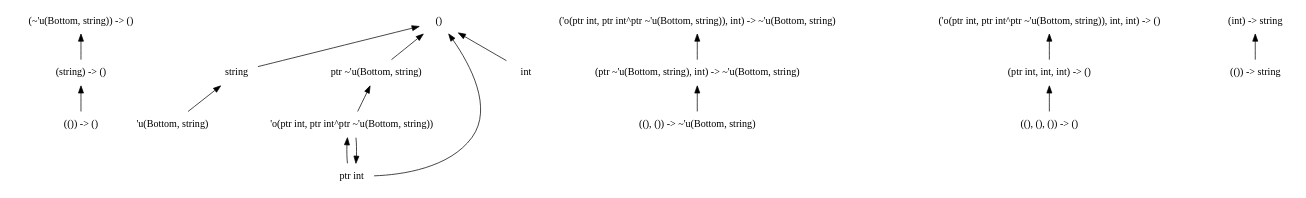
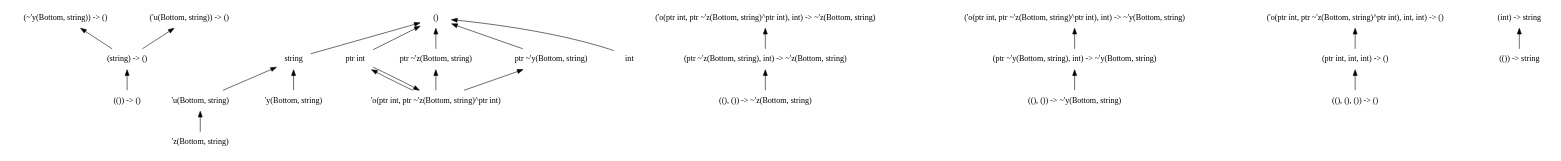
The diagram in dots/14.dot (chocobo333/regino), drawn with Graphviz before and after one commit. The commit also changed 29 other files, not shown here.

```diff
--- a/dots/14.dot
+++ b/dots/14.dot
@@ -1,44 +1,58 @@
 digraph order {
   graph [
     size = "30,10"
     ];
   node [
     shape = none
     ];
   edge [
     dir = back
     ];
   "(string) -> ()"
   "(()) -> ()"
   "string"
-  "('o(ptr int, ptr int^ptr ~'u(Bottom, string)), int) -> ~'u(Bottom, string)"
-  "((), ()) -> ~'u(Bottom, string)"
-  "(ptr ~'u(Bottom, string), int) -> ~'u(Bottom, string)"
+  "('o(ptr int, ptr ~'z(Bottom, string)^ptr int), int) -> ~'z(Bottom, string)"
+  "('o(ptr int, ptr ~'z(Bottom, string)^ptr int), int) -> ~'y(Bottom, string)"
   "'u(Bottom, string)"
-  "ptr ~'u(Bottom, string)"
+  "(ptr ~'y(Bottom, string), int) -> ~'y(Bottom, string)"
   "(ptr int, int, int) -> ()"
   "()"
-  "'o(ptr int, ptr int^ptr ~'u(Bottom, string))"
+  "'o(ptr int, ptr ~'z(Bottom, string)^ptr int)"
+  "((), ()) -> ~'z(Bottom, string)"
+  "'z(Bottom, string)"
+  "(~'y(Bottom, string)) -> ()"
+  "'y(Bottom, string)"
+  "(ptr ~'z(Bottom, string), int) -> ~'z(Bottom, string)"
   "ptr int"
   "((), (), ()) -> ()"
+  "ptr ~'z(Bottom, string)"
   "(()) -> string"
-  "(~'u(Bottom, string)) -> ()"
+  "('u(Bottom, string)) -> ()"
   "(int) -> string"
-  "('o(ptr int, ptr int^ptr ~'u(Bottom, string)), int, int) -> ()"
+  "('o(ptr int, ptr ~'z(Bottom, string)^ptr int), int, int) -> ()"
+  "ptr ~'y(Bottom, string)"
   "int"
+  "((), ()) -> ~'y(Bottom, string)"
   "(string) -> ()" -> "(()) -> ()"
+  "(~'y(Bottom, string)) -> ()" -> "(string) -> ()"
   "string" -> "'u(Bottom, string)"
-  "('o(ptr int, ptr int^ptr ~'u(Bottom, string)), int) -> ~'u(Bottom, string)" -> "(ptr ~'u(Bottom, string), int) -> ~'u(Bottom, string)"
-  "ptr int" -> "'o(ptr int, ptr int^ptr ~'u(Bottom, string))"
-  "(~'u(Bottom, string)) -> ()" -> "(string) -> ()"
-  "(ptr ~'u(Bottom, string), int) -> ~'u(Bottom, string)" -> "((), ()) -> ~'u(Bottom, string)"
+  "string" -> "'y(Bottom, string)"
+  "(ptr ~'z(Bottom, string), int) -> ~'z(Bottom, string)" -> "((), ()) -> ~'z(Bottom, string)"
+  "ptr int" -> "'o(ptr int, ptr ~'z(Bottom, string)^ptr int)"
+  "ptr ~'z(Bottom, string)" -> "'o(ptr int, ptr ~'z(Bottom, string)^ptr int)"
+  "('u(Bottom, string)) -> ()" -> "(string) -> ()"
+  "('o(ptr int, ptr ~'z(Bottom, string)^ptr int), int) -> ~'z(Bottom, string)" -> "(ptr ~'z(Bottom, string), int) -> ~'z(Bottom, string)"
+  "('o(ptr int, ptr ~'z(Bottom, string)^ptr int), int) -> ~'y(Bottom, string)" -> "(ptr ~'y(Bottom, string), int) -> ~'y(Bottom, string)"
   "(int) -> string" -> "(()) -> string"
-  "('o(ptr int, ptr int^ptr ~'u(Bottom, string)), int, int) -> ()" -> "(ptr int, int, int) -> ()"
-  "ptr ~'u(Bottom, string)" -> "'o(ptr int, ptr int^ptr ~'u(Bottom, string))"
+  "'u(Bottom, string)" -> "'z(Bottom, string)"
+  "(ptr ~'y(Bottom, string), int) -> ~'y(Bottom, string)" -> "((), ()) -> ~'y(Bottom, string)"
+  "('o(ptr int, ptr ~'z(Bottom, string)^ptr int), int, int) -> ()" -> "(ptr int, int, int) -> ()"
+  "ptr ~'y(Bottom, string)" -> "'o(ptr int, ptr ~'z(Bottom, string)^ptr int)"
   "(ptr int, int, int) -> ()" -> "((), (), ()) -> ()"
   "()" -> "string"
-  "()" -> "ptr ~'u(Bottom, string)"
+  "()" -> "ptr ~'z(Bottom, string)"
+  "()" -> "ptr ~'y(Bottom, string)"
   "()" -> "ptr int"
   "()" -> "int"
-  "'o(ptr int, ptr int^ptr ~'u(Bottom, string))" -> "ptr int"
+  "'o(ptr int, ptr ~'z(Bottom, string)^ptr int)" -> "ptr int"
 }
```
